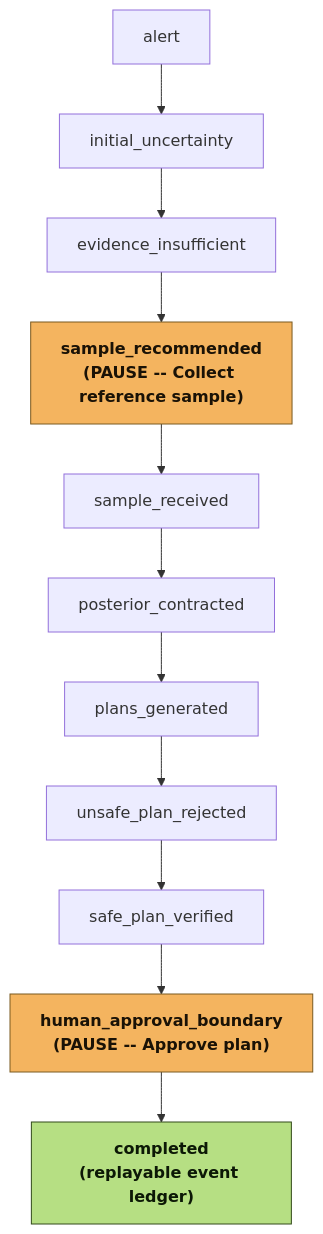
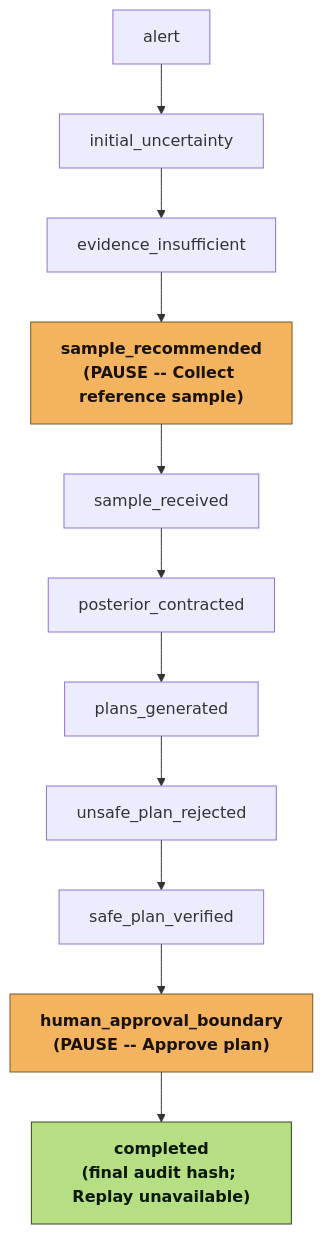
The diagram in docs/diagrams/reference-incident-flow.mmd (insightlabs38-pixel/HydroSwarm), drawn with Mermaid before and after one commit. The commit also changed 21 other files, not shown here.

```diff
--- a/docs/diagrams/reference-incident-flow.mmd
+++ b/docs/diagrams/reference-incident-flow.mmd
@@ -1,23 +1,23 @@
 %% Diagram E -- event/replay/demo lifecycle (submission.txt SS14.5)
 %% Mirrors the real milestone_id sequence in
 %% artifacts/reference-demo/reference-incident-v1.json (SUB-4 generator);
 %% do not let this diagram drift from that artifact's actual milestone ids.
 %% Alt text: the reference incident's 11 real milestones, from alert through
 %% a sample-collection pause, posterior contraction, plan verification, a
 %% human-approval pause, to a completed, replayable record.
 flowchart TD
   M0["alert"] --> M1["initial_uncertainty"]
   M1 --> M2["evidence_insufficient"]
   M2 --> M3["sample_recommended\n(PAUSE -- Collect reference sample)"]
   M3 --> M4["sample_received"]
   M4 --> M5["posterior_contracted"]
   M5 --> M6["plans_generated"]
   M6 --> M7["unsafe_plan_rejected"]
   M7 --> M8["safe_plan_verified"]
   M8 --> M9["human_approval_boundary\n(PAUSE -- Approve plan)"]
-  M9 --> M10["completed\n(replayable event ledger)"]
+  M9 --> M10["completed\n(final audit hash; Replay unavailable)"]
 
   classDef pause fill:#f4b45f,stroke:#7a5a20,color:#1a1206,font-weight:bold;
   classDef done fill:#b6df83,stroke:#324a1a,color:#0c1806,font-weight:bold;
   class M3,M9 pause;
   class M10 done;
```
